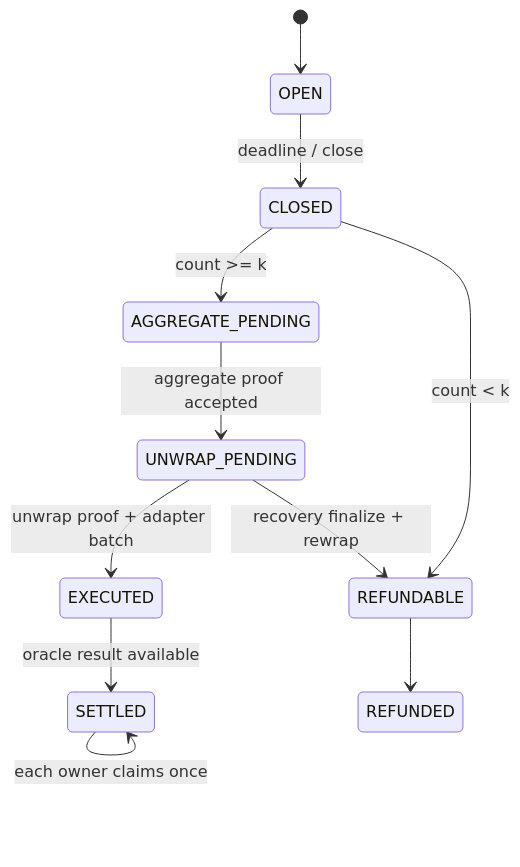
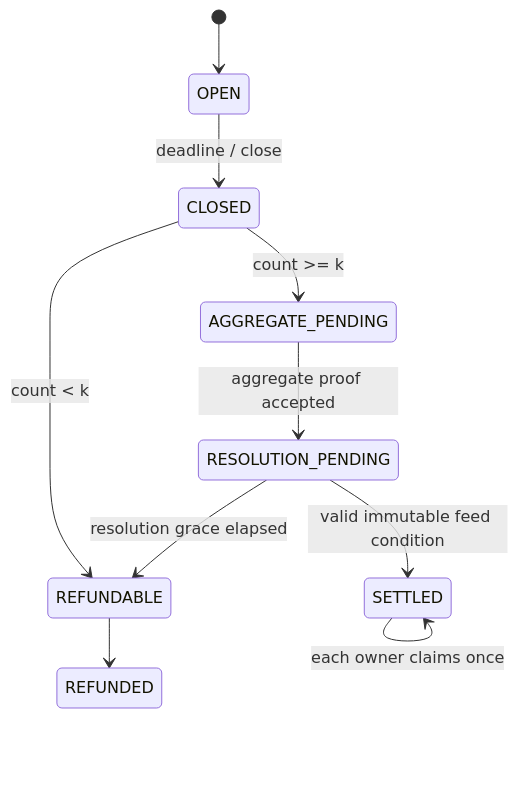
The second of 2 diagrams in docs/architecture/01-system-architecture.md (thatnghiepfulltime67/QuiteSignal), drawn with Mermaid before and after one commit. The commit also changed other lines of this file and 18 other files, not shown here.

````diff
--- a/docs/architecture/01-system-architecture.md
+++ b/docs/architecture/01-system-architecture.md
@@ -41,13 +41,12 @@
 ```mermaid
 stateDiagram-v2
   [*] --> OPEN
   OPEN --> CLOSED: deadline / close
   CLOSED --> REFUNDABLE: count < k
   CLOSED --> AGGREGATE_PENDING: count >= k
-  AGGREGATE_PENDING --> UNWRAP_PENDING: aggregate proof accepted
-  UNWRAP_PENDING --> EXECUTED: unwrap proof + adapter batch
-  UNWRAP_PENDING --> REFUNDABLE: recovery finalize + rewrap
-  EXECUTED --> SETTLED: oracle result available
+  AGGREGATE_PENDING --> RESOLUTION_PENDING: aggregate proof accepted
+  RESOLUTION_PENDING --> SETTLED: valid immutable feed condition
+  RESOLUTION_PENDING --> REFUNDABLE: resolution grace elapsed
   REFUNDABLE --> REFUNDED
   SETTLED --> SETTLED: each owner claims once
 ```
````
